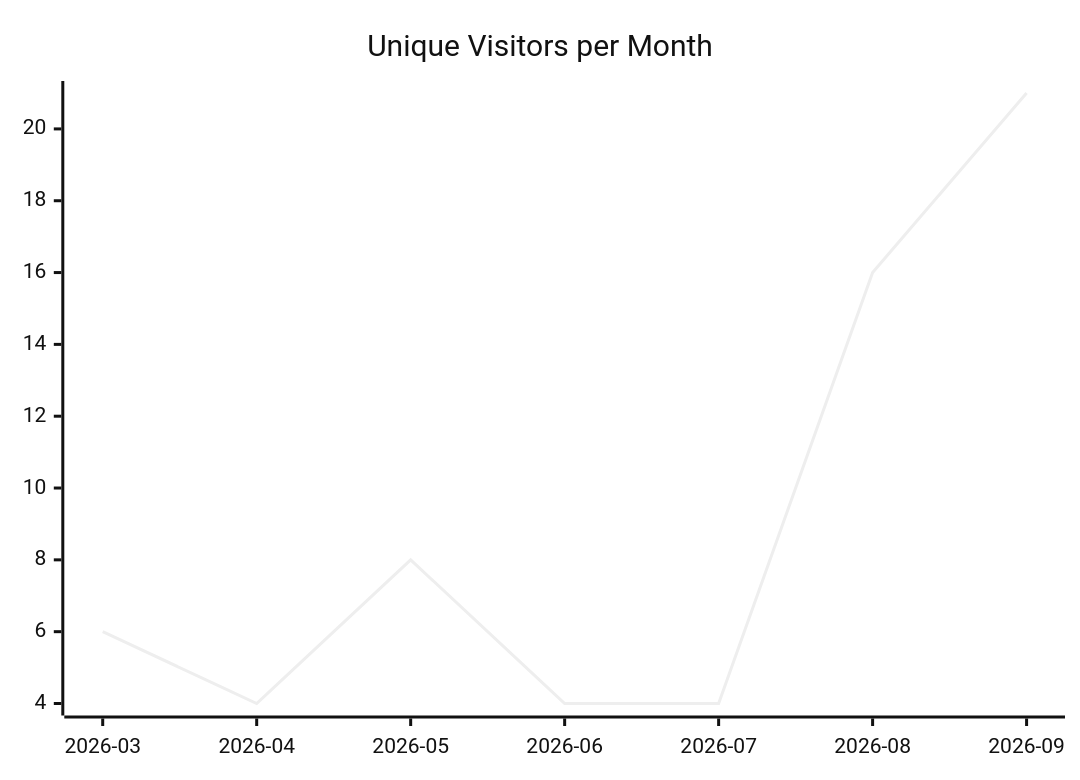
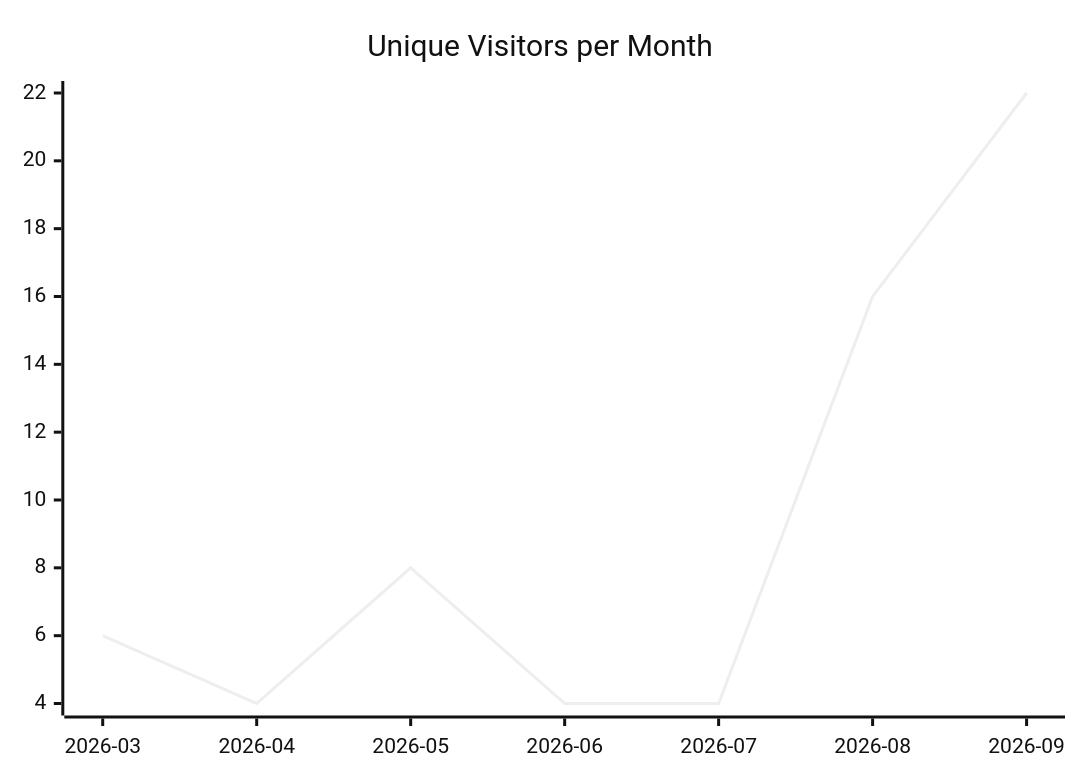
One commit to justdavis-family/github-analytics-data changed the first of 3 diagrams in karlmdavis/xmlpull/README.md. Above: the diagram before and after it, drawn with Mermaid (neutral theme). The commit also changed other lines of this file and 199 other files, not shown here.

````diff
--- a/karlmdavis/xmlpull/README.md
+++ b/karlmdavis/xmlpull/README.md
@@ -5,6 +5,6 @@
 ```mermaid
 xychart-beta
   title "Unique Visitors per Month"
   x-axis ["2026-03", "2026-04", "2026-05", "2026-06", "2026-07", "2026-08", "2026-09"]
-  line [6, 4, 8, 4, 4, 16, 21]
+  line [6, 4, 8, 4, 4, 16, 22]
 ```
````
